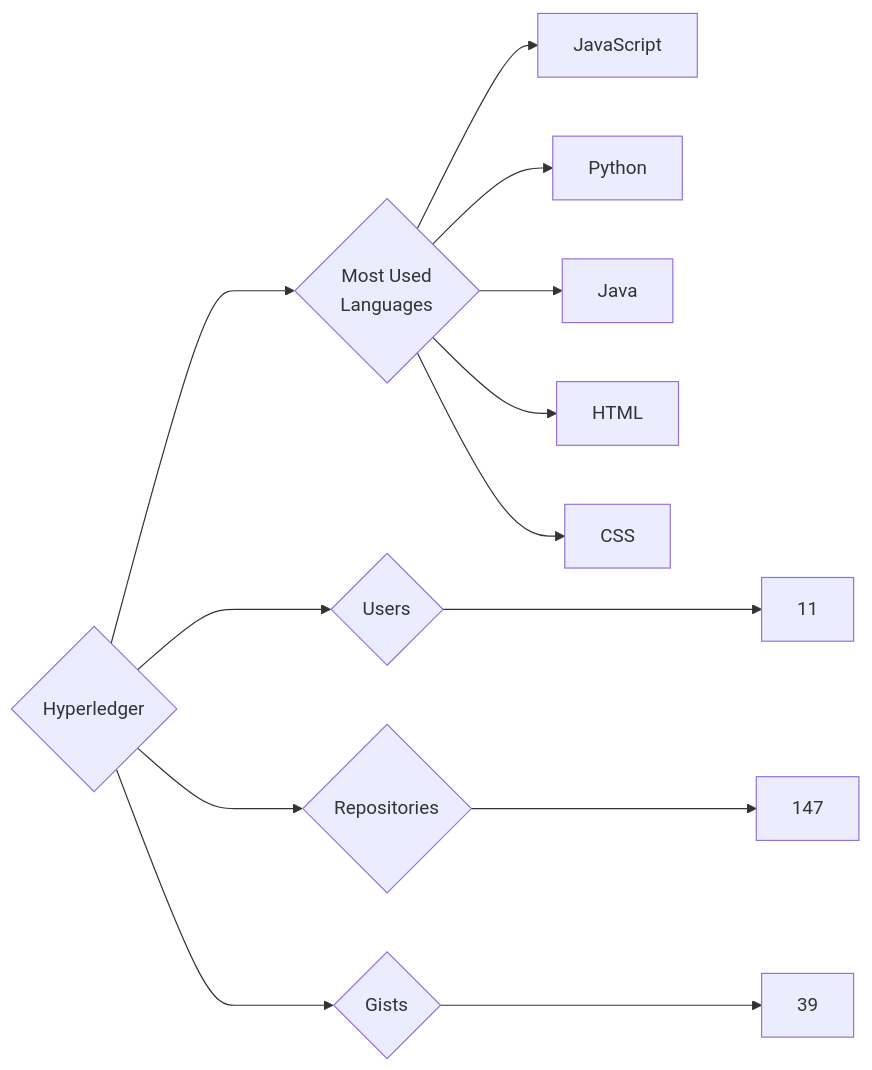
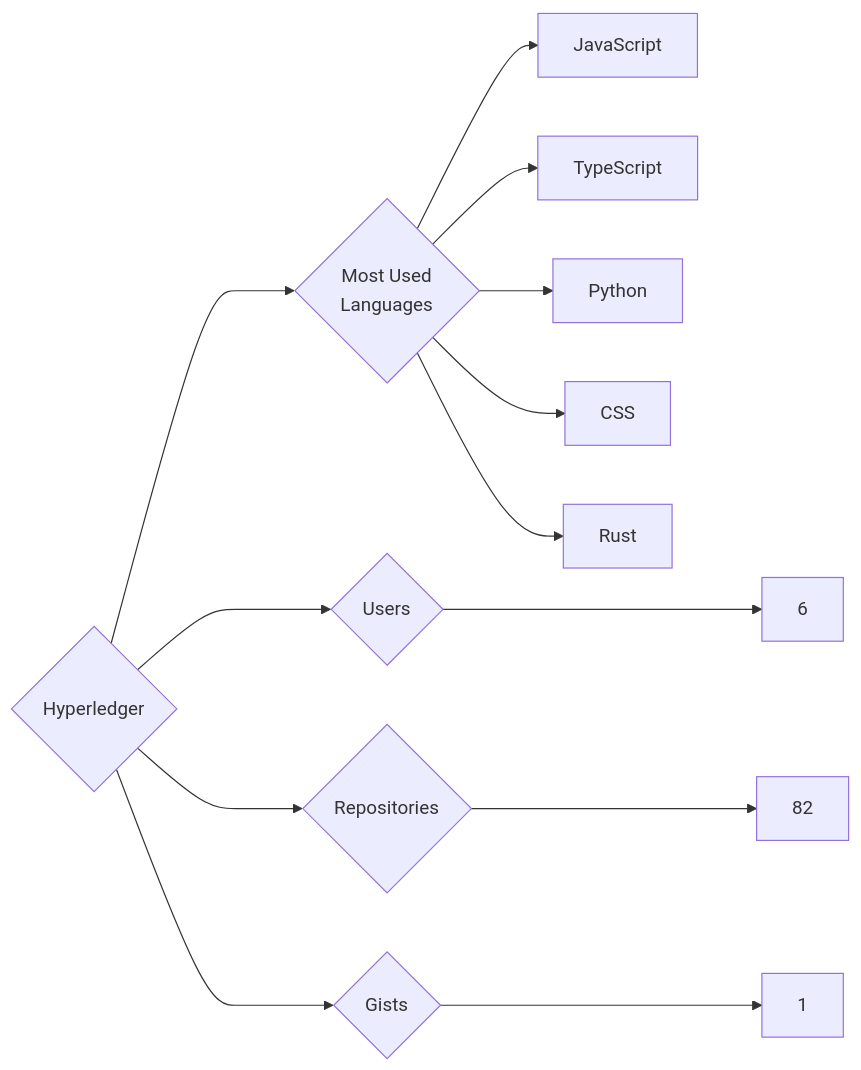
One commit to trickest/insiders changed the diagram in targets/Hyperledger/README.md. Above: the diagram before and after it, drawn with Mermaid. The commit also changed 1092 other files, not shown here.

````diff
--- a/targets/Hyperledger/README.md
+++ b/targets/Hyperledger/README.md
@@ -3,13 +3,13 @@
 ```mermaid
 graph LR
 COMPANY_NAME{Hyperledger}
-COMPANY_NAME ---> U{Users} ---> UN[11]
-COMPANY_NAME ---> R{Repositories} ---> RN[147]
-COMPANY_NAME ---> G{Gists} ---> GN[39]
+COMPANY_NAME ---> U{Users} ---> UN[6]
+COMPANY_NAME ---> R{Repositories} ---> RN[82]
+COMPANY_NAME ---> G{Gists} ---> GN[1]
 COMPANY_NAME ---> ML{Most Used<br>Languages}
 ML --> JavaScript[JavaScript]
+ML --> TypeScript[TypeScript]
 ML --> Python[Python]
-ML --> Java[Java]
-ML --> HTML[HTML]
 ML --> CSS[CSS]
+ML --> Rust[Rust]
 ```
````
